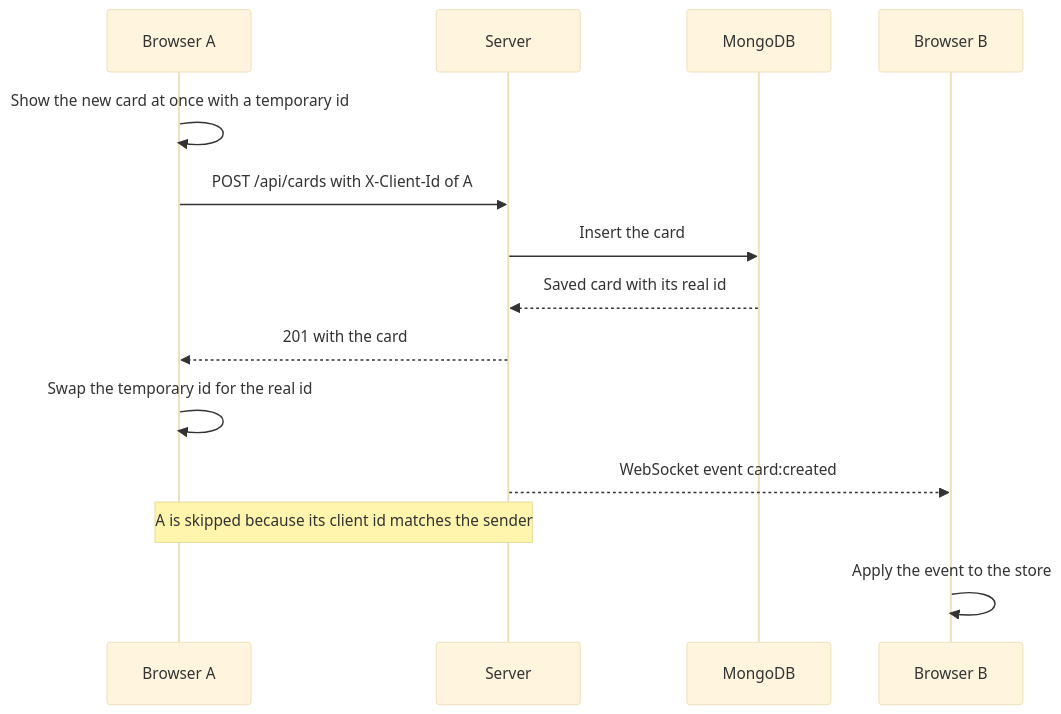
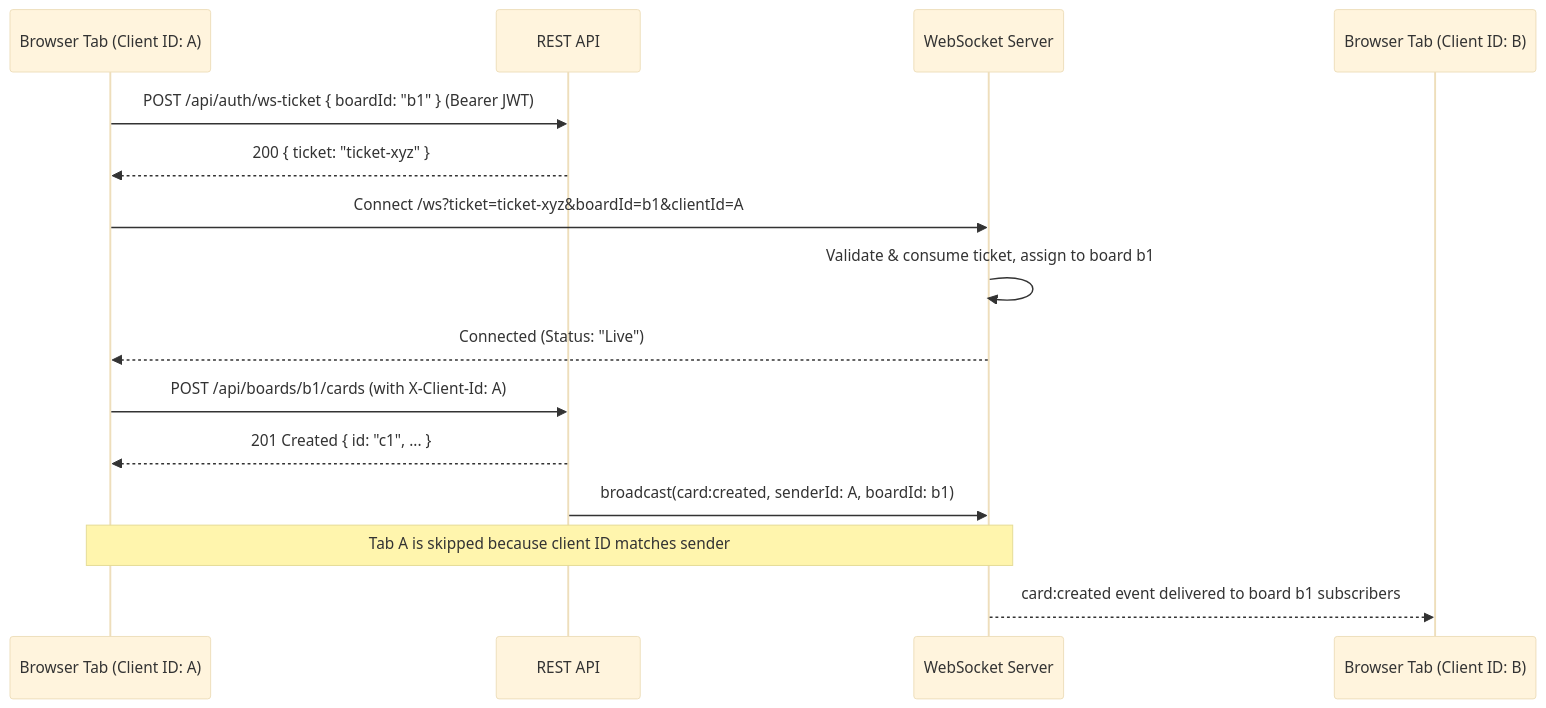
The second of 2 diagrams in README.md (Sharvani-Shriya/CardStock), drawn with Mermaid (base theme) before and after one commit. The commit also changed other lines of this file and 5 other files, not shown here.

````diff
--- a/README.md
+++ b/README.md
@@ -175,17 +233,18 @@
 ```mermaid
 sequenceDiagram
-  participant A as Browser A
-  participant S as Server
-  participant DB as MongoDB
-  participant B as Browser B
+  participant UI as Browser Tab (Client ID: A)
+  participant API as REST API
+  participant WS as WebSocket Server
+  participant ClientB as Browser Tab (Client ID: B)
 
-  A->>A: Show the new card at once with a temporary id
-  A->>S: POST /api/cards with X-Client-Id of A
-  S->>DB: Insert the card
-  DB-->>S: Saved card with its real id
-  S-->>A: 201 with the card
-  A->>A: Swap the temporary id for the real id
-  S-->>B: WebSocket event card:created
-  Note over S,A: A is skipped because its client id matches the sender
-  B->>B: Apply the event to the store
+  UI->>API: POST /api/auth/ws-ticket { boardId: "b1" } (Bearer JWT)
+  API-->>UI: 200 { ticket: "ticket-xyz" }
+  UI->>WS: Connect /ws?ticket=ticket-xyz&boardId=b1&clientId=A
+  WS->>WS: Validate & consume ticket, assign to board b1
+  WS-->>UI: Connected (Status: "Live")
+  UI->>API: POST /api/boards/b1/cards (with X-Client-Id: A)
+  API-->>UI: 201 Created { id: "c1", ... }
+  API->>WS: broadcast(card:created, senderId: A, boardId: b1)
+  Note over WS,UI: Tab A is skipped because client ID matches sender
+  WS-->>ClientB: card:created event delivered to board b1 subscribers
 ```
````
